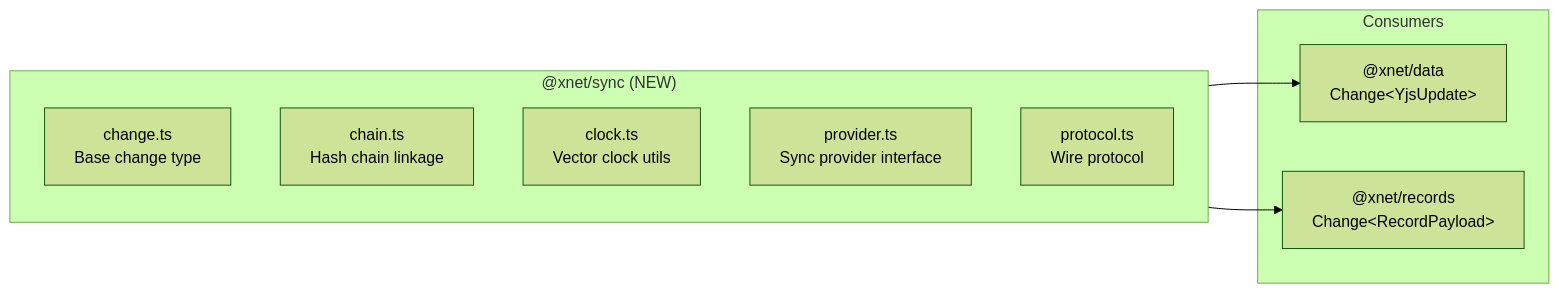
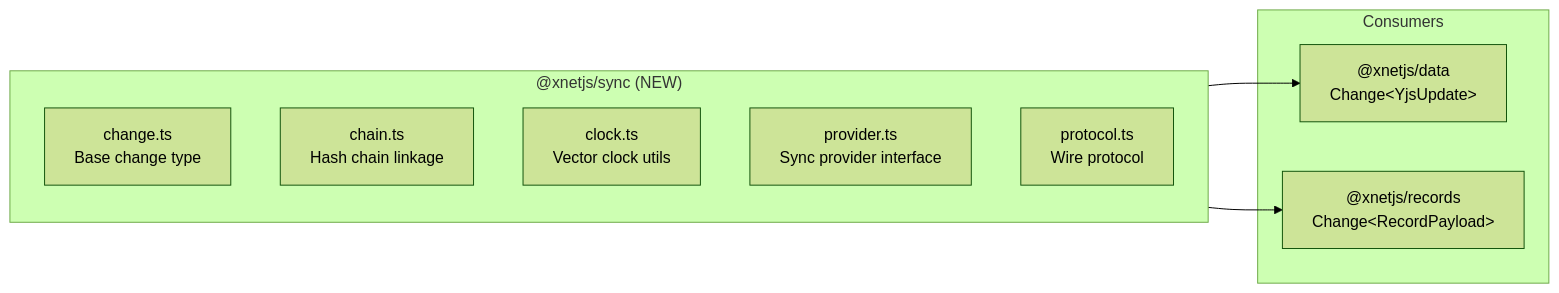
The third of 8 diagrams in docs/explorations/0019_[x]_CODEBASE_REVIEW.md (crs48/xNet), drawn with Mermaid (forest theme) before and after one commit. The commit also changed other lines of this file and 980 other files, not shown here.

````diff
--- a/docs/explorations/0019_[x]_CODEBASE_REVIEW.md
+++ b/docs/explorations/0019_[x]_CODEBASE_REVIEW.md
@@ -162,18 +162,18 @@
 ```mermaid
 flowchart LR
-    subgraph sync["@xnet/sync (NEW)"]
+    subgraph sync["@xnetjs/sync (NEW)"]
         OP["change.ts<br/>Base change type"]
         CHAIN["chain.ts<br/>Hash chain linkage"]
         CLOCK["clock.ts<br/>Vector clock utils"]
         PROV["provider.ts<br/>Sync provider interface"]
         PROTO["protocol.ts<br/>Wire protocol"]
     end
 
     subgraph consumers["Consumers"]
-        DATA["@xnet/data<br/>Change&lt;YjsUpdate&gt;"]
-        RECORDS["@xnet/records<br/>Change&lt;RecordPayload&gt;"]
+        DATA["@xnetjs/data<br/>Change&lt;YjsUpdate&gt;"]
+        RECORDS["@xnetjs/records<br/>Change&lt;RecordPayload&gt;"]
     end
 
     sync --> DATA
     sync --> RECORDS
 ```
````
